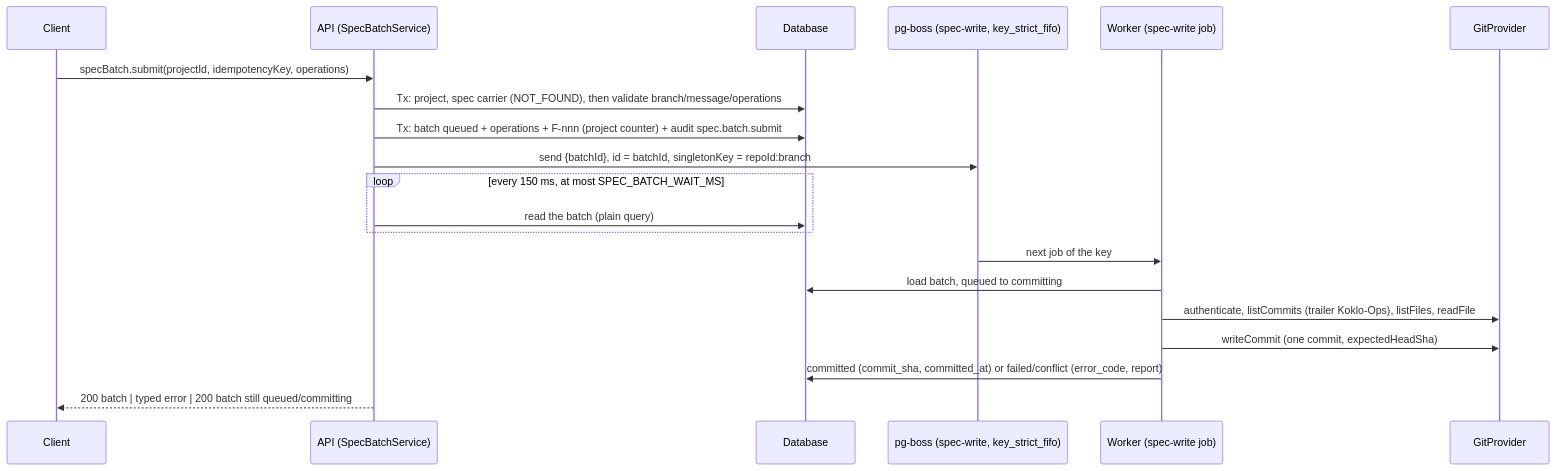
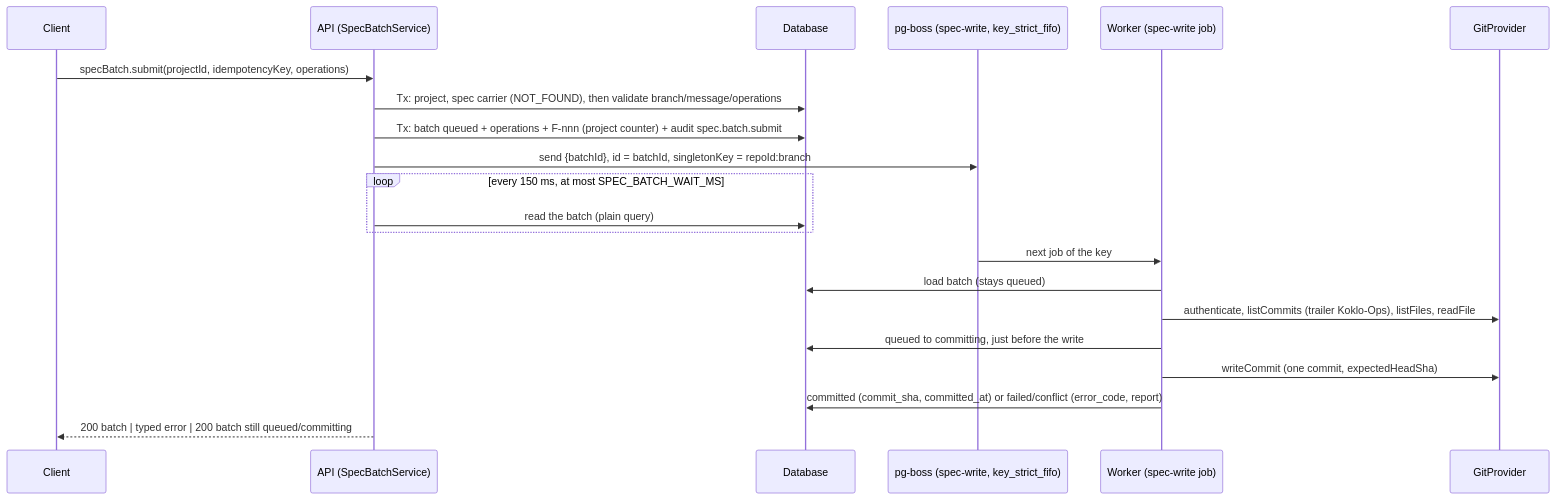
One commit to koklo-dev/koklo changed the third of 3 diagrams in docs/api-contract.md. Above: the diagram before and after it, drawn with Mermaid. The commit also changed other lines of this file and 5 other files, not shown here.

Commit message:
fix(worker): keep the spec batch queued until just before the commit is written

````diff
--- a/docs/api-contract.md
+++ b/docs/api-contract.md
@@ -695,22 +695,23 @@
 ```mermaid
 sequenceDiagram
   participant C as Client
   participant A as API (SpecBatchService)
   participant D as Database
   participant Q as pg-boss (spec-write, key_strict_fifo)
   participant W as Worker (spec-write job)
   participant G as GitProvider
   C->>A: specBatch.submit(projectId, idempotencyKey, operations)
   A->>D: Tx: project, spec carrier (NOT_FOUND), then validate branch/message/operations
   A->>D: Tx: batch queued + operations + F-nnn (project counter) + audit spec.batch.submit
   A->>Q: send {batchId}, id = batchId, singletonKey = repoId:branch
   loop every 150 ms, at most SPEC_BATCH_WAIT_MS
     A->>D: read the batch (plain query)
   end
   Q->>W: next job of the key
-  W->>D: load batch, queued to committing
+  W->>D: load batch (stays queued)
   W->>G: authenticate, listCommits (trailer Koklo-Ops), listFiles, readFile
+  W->>D: queued to committing, just before the write
   W->>G: writeCommit (one commit, expectedHeadSha)
   W->>D: committed (commit_sha, committed_at) or failed/conflict (error_code, report)
   A-->>C: 200 batch | typed error | 200 batch still queued/committing
 ```
````
